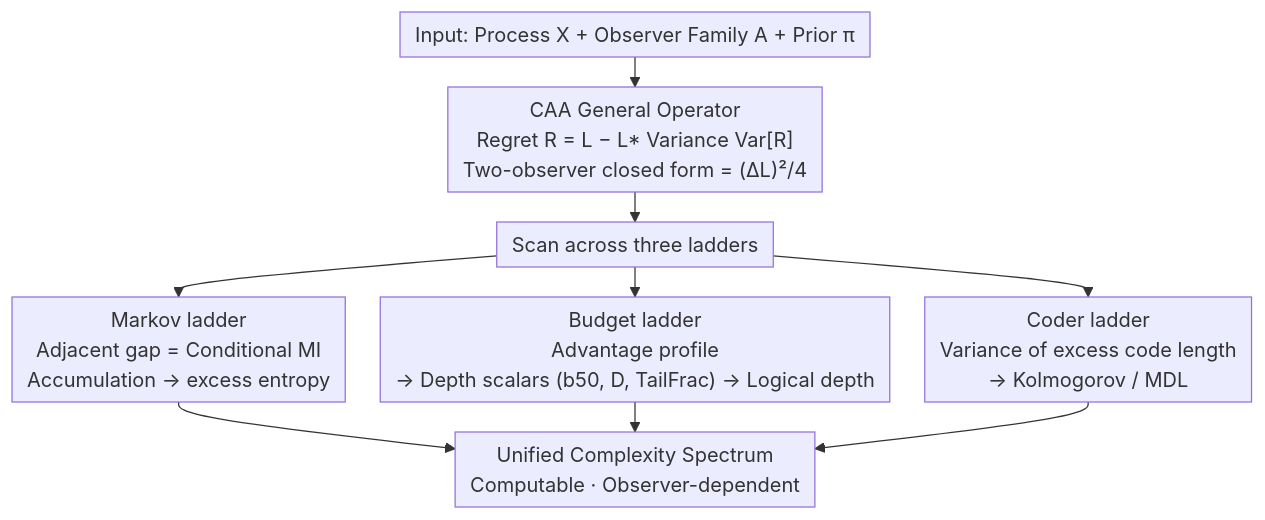
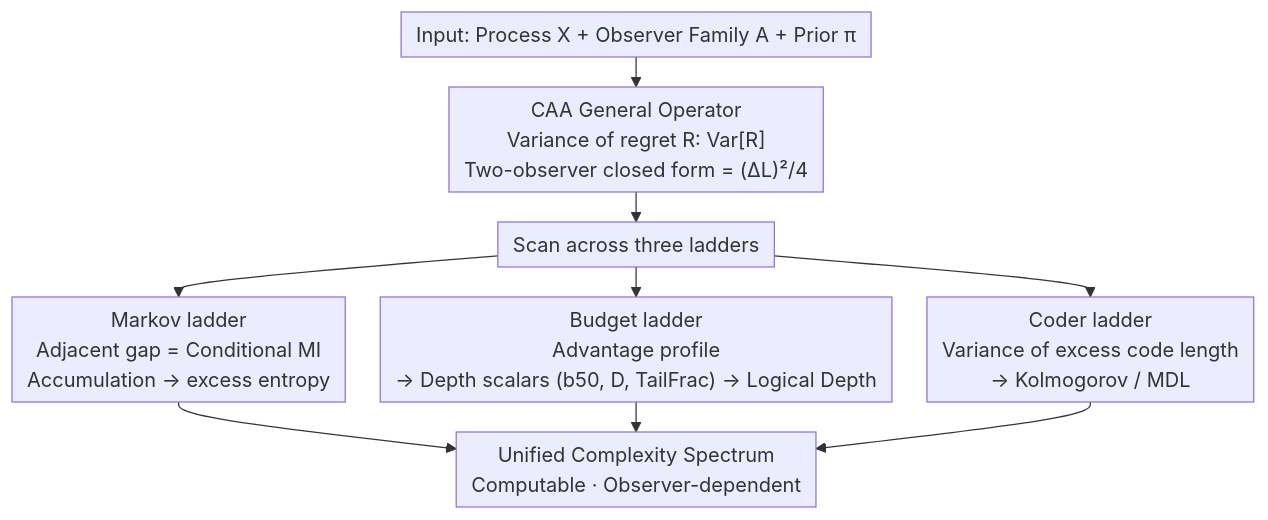
One commit to zhaoyang97/Paper-Notes-en changed the diagram in docs/ICML2026/others/complexity_as_advantage_a_regret-based_perspective_on_emergent_structure.md. Above: the diagram before and after it, drawn with Mermaid. The commit also changed other lines of this file and 5084 other files, not shown here.

````diff
--- a/docs/ICML2026/others/complexity_as_advantage_a_regret-based_perspective_on_emergent_structure.md
+++ b/docs/ICML2026/others/complexity_as_advantage_a_regret-based_perspective_on_emergent_structure.md
@@ -57,12 +57,12 @@
 ```mermaid
 %%{init: {'flowchart': {'rankSpacing': 24, 'nodeSpacing': 28, 'padding': 6, 'wrappingWidth': 400}}}%%
 flowchart TD
-    A["Input: Process X + Observer Family A + Prior π"] --> B["CAA General Operator<br/>Regret R = L − L* Variance Var[R]<br/>Two-observer closed form = (ΔL)²/4"]
+    A["Input: Process X + Observer Family A + Prior π"] --> B["CAA General Operator<br/>Variance of regret R: Var[R]<br/>Two-observer closed form = (ΔL)²/4"]
     B --> C["Scan across three ladders"]
     C --> D["Markov ladder<br/>Adjacent gap = Conditional MI<br/>Accumulation → excess entropy"]
-    C --> E["Budget ladder<br/>Advantage profile<br/>→ Depth scalars (b50, D, TailFrac) → Logical depth"]
+    C --> E["Budget ladder<br/>Advantage profile<br/>→ Depth scalars (b50, D, TailFrac) → Logical Depth"]
     C --> F["Coder ladder<br/>Variance of excess code length<br/>→ Kolmogorov / MDL"]
     D --> G["Unified Complexity Spectrum<br/>Computable · Observer-dependent"]
     E --> G
     F --> G
 ```
````
